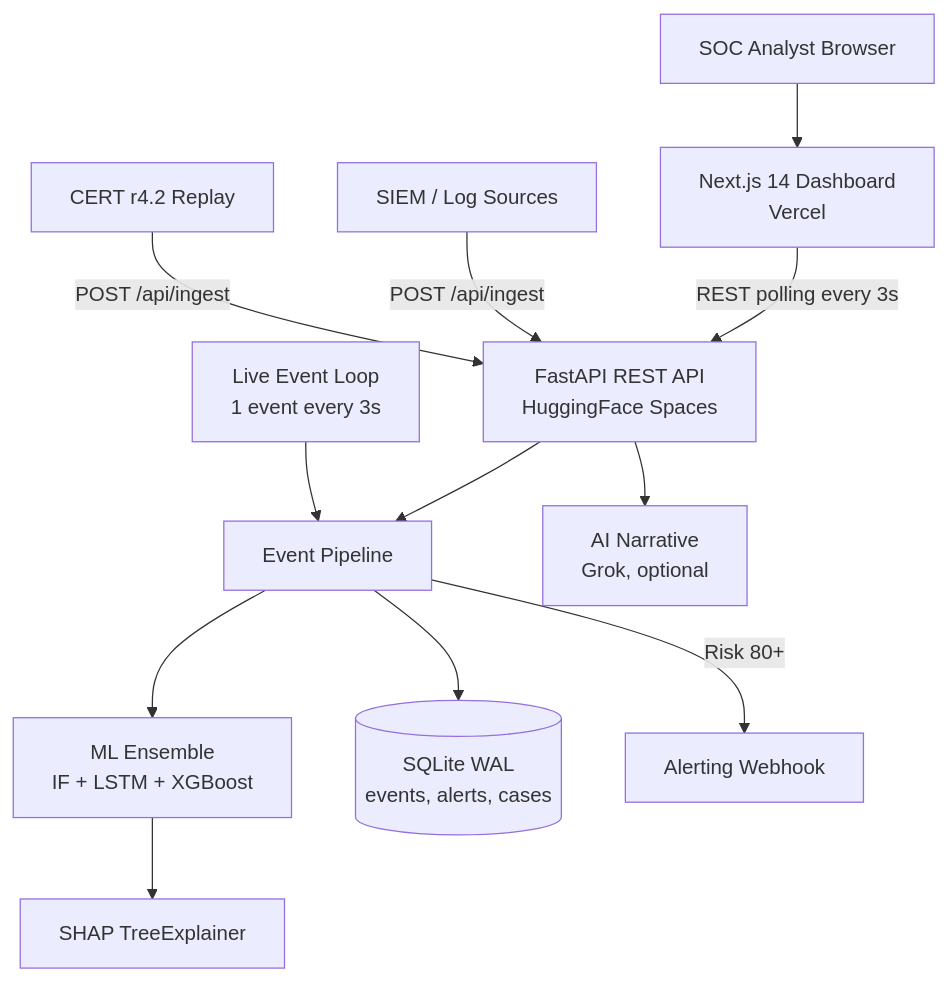
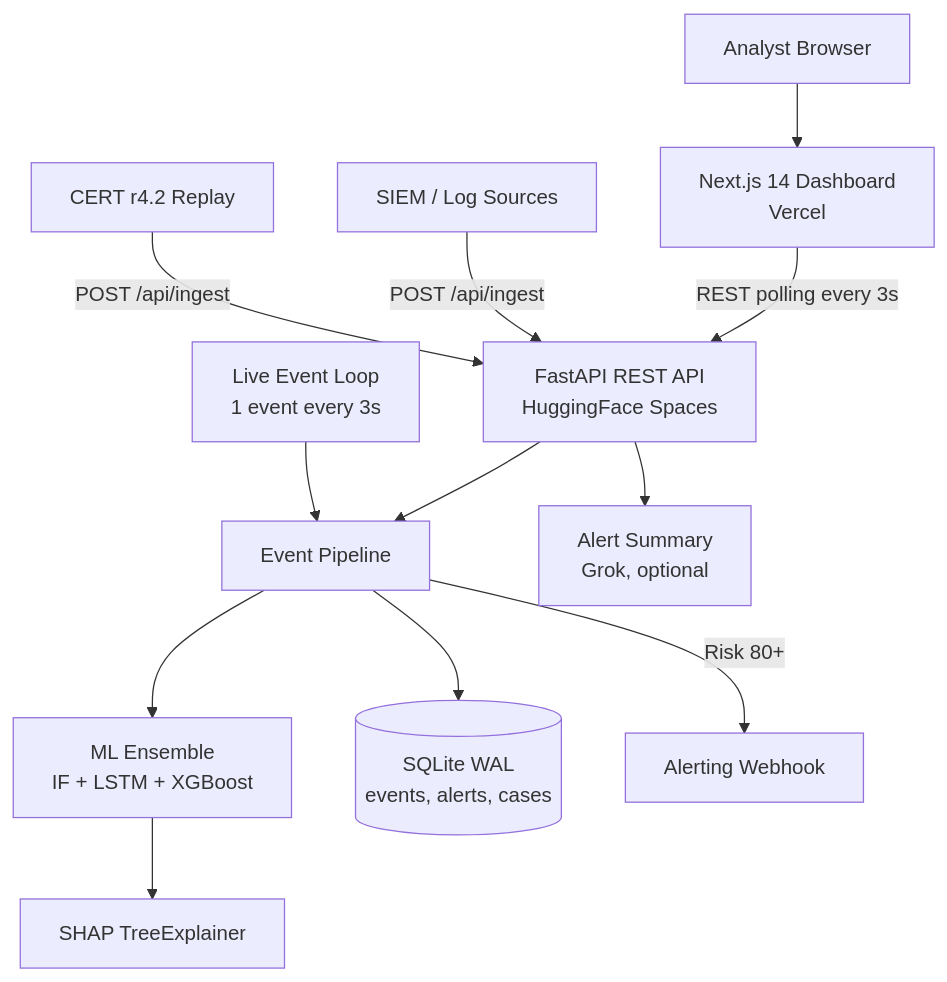
Before and after one commit to TeamSigmoidIdea20/sentineliq: the second of 4 diagrams in README.md, drawn with Mermaid. The commit also changed other lines of this file, not shown here.

Commit message:
Rewrite README in a plainer style and add a short idea summary

````diff
--- a/README.md
+++ b/README.md
@@ -176,14 +123,14 @@
 ```mermaid
 flowchart TD
-    U[SOC Analyst Browser] --> V[Next.js 14 Dashboard<br/>Vercel]
+    U[Analyst Browser] --> V[Next.js 14 Dashboard<br/>Vercel]
     V -->|REST polling every 3s| API[FastAPI REST API<br/>HuggingFace Spaces]
     SIEM[SIEM / Log Sources] -->|POST /api/ingest| API
     CERT[CERT r4.2 Replay] -->|POST /api/ingest| API
     API --> PIPE[Event Pipeline]
     LOOP[Live Event Loop<br/>1 event every 3s] --> PIPE
-    API --> LLM[AI Narrative<br/>Grok, optional]
+    API --> LLM[Alert Summary<br/>Grok, optional]
     PIPE --> ML[ML Ensemble<br/>IF + LSTM + XGBoost]
     ML --> SHAP[SHAP TreeExplainer]
     PIPE --> DB[(SQLite WAL<br/>events, alerts, cases)]
     PIPE -->|Risk 80+| HOOK[Alerting Webhook]
 ```
````
